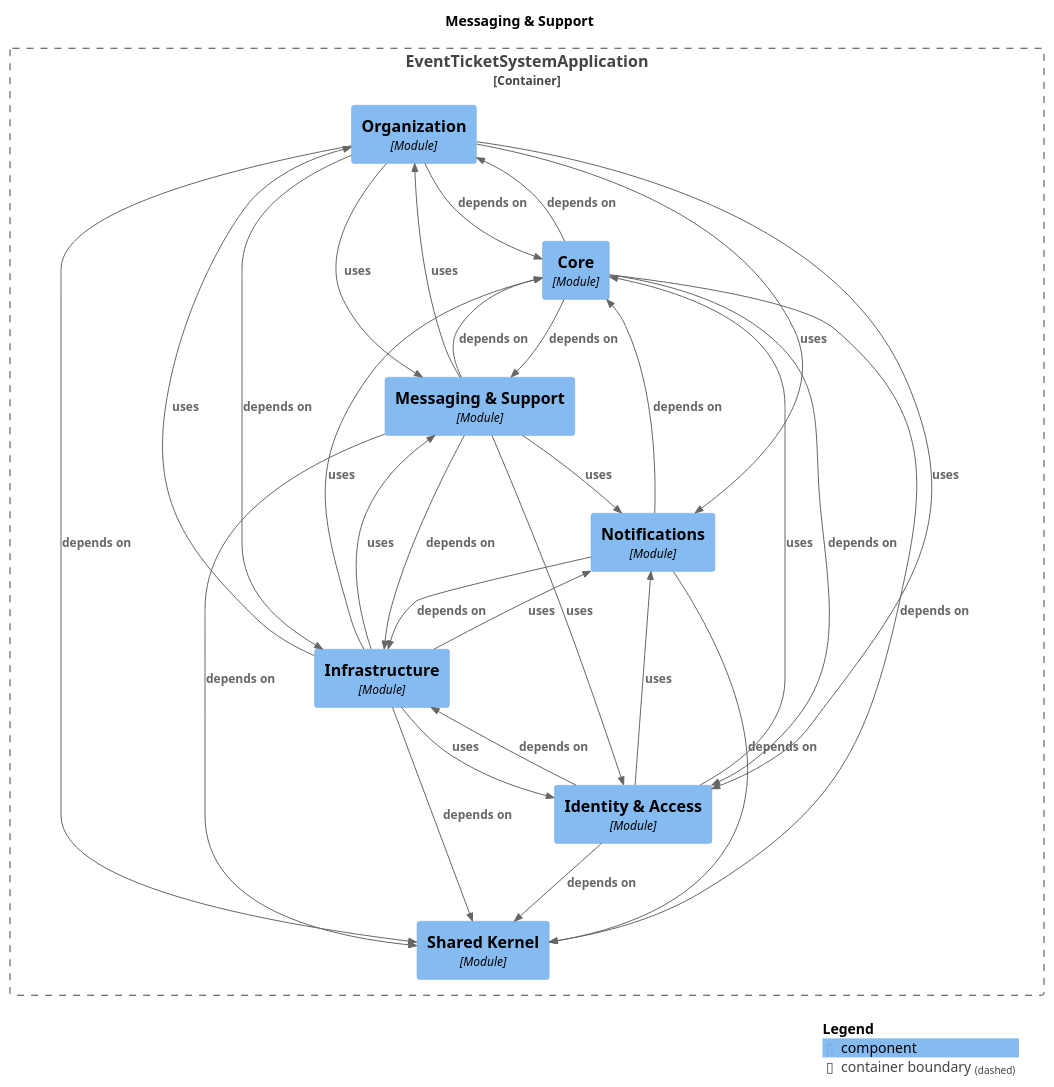
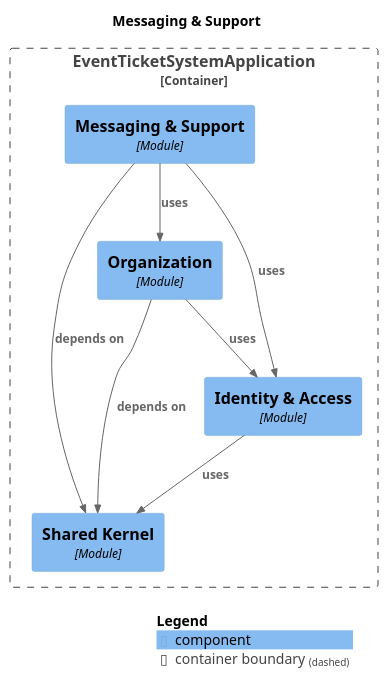
The diagram in docs/architecture/module-messaging.puml (NaimElijah/Ticketeer), drawn with PlantUML before and after one commit. The commit also changed 566 other files, not shown here.

```diff
--- a/docs/architecture/module-messaging.puml
+++ b/docs/architecture/module-messaging.puml
@@ -1,52 +1,26 @@
 @startuml
 set separator none
 title Messaging & Support
 
 top to bottom direction
 
 !include <C4/C4>
 !include <C4/C4_Context>
 !include <C4/C4_Component>
 
 Container_Boundary("EventTicketSystemApplication.EventTicketSystemApplication_boundary", "EventTicketSystemApplication", $tags="") {
+  Component(EventTicketSystemApplication.EventTicketSystemApplication.SharedKernel, "Shared Kernel", $techn="Module", $descr="", $tags="", $link="")
+  Component(EventTicketSystemApplication.EventTicketSystemApplication.IdentityAccess, "Identity & Access", $techn="Module", $descr="", $tags="", $link="")
   Component(EventTicketSystemApplication.EventTicketSystemApplication.Organization, "Organization", $techn="Module", $descr="", $tags="", $link="")
-  Component(EventTicketSystemApplication.EventTicketSystemApplication.SharedKernel, "Shared Kernel", $techn="Module", $descr="", $tags="", $link="")
-  Component(EventTicketSystemApplication.EventTicketSystemApplication.Core, "Core", $techn="Module", $descr="", $tags="", $link="")
-  Component(EventTicketSystemApplication.EventTicketSystemApplication.Infrastructure, "Infrastructure", $techn="Module", $descr="", $tags="", $link="")
-  Component(EventTicketSystemApplication.EventTicketSystemApplication.IdentityAccess, "Identity & Access", $techn="Module", $descr="", $tags="", $link="")
   Component(EventTicketSystemApplication.EventTicketSystemApplication.MessagingSupport, "Messaging & Support", $techn="Module", $descr="", $tags="", $link="")
-  Component(EventTicketSystemApplication.EventTicketSystemApplication.Notifications, "Notifications", $techn="Module", $descr="", $tags="", $link="")
 }
 
-Rel(EventTicketSystemApplication.EventTicketSystemApplication.IdentityAccess, EventTicketSystemApplication.EventTicketSystemApplication.SharedKernel, "depends on", $techn="", $tags="", $link="")
-Rel(EventTicketSystemApplication.EventTicketSystemApplication.IdentityAccess, EventTicketSystemApplication.EventTicketSystemApplication.Infrastructure, "depends on", $techn="", $tags="", $link="")
-Rel(EventTicketSystemApplication.EventTicketSystemApplication.IdentityAccess, EventTicketSystemApplication.EventTicketSystemApplication.Notifications, "uses", $techn="", $tags="", $link="")
-Rel(EventTicketSystemApplication.EventTicketSystemApplication.IdentityAccess, EventTicketSystemApplication.EventTicketSystemApplication.Core, "uses", $techn="", $tags="", $link="")
-Rel(EventTicketSystemApplication.EventTicketSystemApplication.Organization, EventTicketSystemApplication.EventTicketSystemApplication.SharedKernel, "depends on", $techn="", $tags="", $link="")
-Rel(EventTicketSystemApplication.EventTicketSystemApplication.Organization, EventTicketSystemApplication.EventTicketSystemApplication.Infrastructure, "depends on", $techn="", $tags="", $link="")
-Rel(EventTicketSystemApplication.EventTicketSystemApplication.Organization, EventTicketSystemApplication.EventTicketSystemApplication.Core, "depends on", $techn="", $tags="", $link="")
-Rel(EventTicketSystemApplication.EventTicketSystemApplication.Organization, EventTicketSystemApplication.EventTicketSystemApplication.MessagingSupport, "uses", $techn="", $tags="", $link="")
-Rel(EventTicketSystemApplication.EventTicketSystemApplication.Organization, EventTicketSystemApplication.EventTicketSystemApplication.IdentityAccess, "uses", $techn="", $tags="", $link="")
-Rel(EventTicketSystemApplication.EventTicketSystemApplication.Organization, EventTicketSystemApplication.EventTicketSystemApplication.Notifications, "uses", $techn="", $tags="", $link="")
-Rel(EventTicketSystemApplication.EventTicketSystemApplication.Core, EventTicketSystemApplication.EventTicketSystemApplication.MessagingSupport, "depends on", $techn="", $tags="", $link="")
-Rel(EventTicketSystemApplication.EventTicketSystemApplication.Core, EventTicketSystemApplication.EventTicketSystemApplication.Organization, "depends on", $techn="", $tags="", $link="")
-Rel(EventTicketSystemApplication.EventTicketSystemApplication.Core, EventTicketSystemApplication.EventTicketSystemApplication.IdentityAccess, "depends on", $techn="", $tags="", $link="")
-Rel(EventTicketSystemApplication.EventTicketSystemApplication.Core, EventTicketSystemApplication.EventTicketSystemApplication.SharedKernel, "depends on", $techn="", $tags="", $link="")
-Rel(EventTicketSystemApplication.EventTicketSystemApplication.Notifications, EventTicketSystemApplication.EventTicketSystemApplication.Infrastructure, "depends on", $techn="", $tags="", $link="")
-Rel(EventTicketSystemApplication.EventTicketSystemApplication.Notifications, EventTicketSystemApplication.EventTicketSystemApplication.SharedKernel, "depends on", $techn="", $tags="", $link="")
-Rel(EventTicketSystemApplication.EventTicketSystemApplication.Notifications, EventTicketSystemApplication.EventTicketSystemApplication.Core, "depends on", $techn="", $tags="", $link="")
-Rel(EventTicketSystemApplication.EventTicketSystemApplication.MessagingSupport, EventTicketSystemApplication.EventTicketSystemApplication.Infrastructure, "depends on", $techn="", $tags="", $link="")
 Rel(EventTicketSystemApplication.EventTicketSystemApplication.MessagingSupport, EventTicketSystemApplication.EventTicketSystemApplication.SharedKernel, "depends on", $techn="", $tags="", $link="")
-Rel(EventTicketSystemApplication.EventTicketSystemApplication.MessagingSupport, EventTicketSystemApplication.EventTicketSystemApplication.Core, "depends on", $techn="", $tags="", $link="")
 Rel(EventTicketSystemApplication.EventTicketSystemApplication.MessagingSupport, EventTicketSystemApplication.EventTicketSystemApplication.IdentityAccess, "uses", $techn="", $tags="", $link="")
 Rel(EventTicketSystemApplication.EventTicketSystemApplication.MessagingSupport, EventTicketSystemApplication.EventTicketSystemApplication.Organization, "uses", $techn="", $tags="", $link="")
-Rel(EventTicketSystemApplication.EventTicketSystemApplication.MessagingSupport, EventTicketSystemApplication.EventTicketSystemApplication.Notifications, "uses", $techn="", $tags="", $link="")
-Rel(EventTicketSystemApplication.EventTicketSystemApplication.Infrastructure, EventTicketSystemApplication.EventTicketSystemApplication.SharedKernel, "depends on", $techn="", $tags="", $link="")
-Rel(EventTicketSystemApplication.EventTicketSystemApplication.Infrastructure, EventTicketSystemApplication.EventTicketSystemApplication.Organization, "uses", $techn="", $tags="", $link="")
-Rel(EventTicketSystemApplication.EventTicketSystemApplication.Infrastructure, EventTicketSystemApplication.EventTicketSystemApplication.MessagingSupport, "uses", $techn="", $tags="", $link="")
-Rel(EventTicketSystemApplication.EventTicketSystemApplication.Infrastructure, EventTicketSystemApplication.EventTicketSystemApplication.Notifications, "uses", $techn="", $tags="", $link="")
-Rel(EventTicketSystemApplication.EventTicketSystemApplication.Infrastructure, EventTicketSystemApplication.EventTicketSystemApplication.IdentityAccess, "uses", $techn="", $tags="", $link="")
-Rel(EventTicketSystemApplication.EventTicketSystemApplication.Infrastructure, EventTicketSystemApplication.EventTicketSystemApplication.Core, "uses", $techn="", $tags="", $link="")
+Rel(EventTicketSystemApplication.EventTicketSystemApplication.IdentityAccess, EventTicketSystemApplication.EventTicketSystemApplication.SharedKernel, "uses", $techn="", $tags="", $link="")
+Rel(EventTicketSystemApplication.EventTicketSystemApplication.Organization, EventTicketSystemApplication.EventTicketSystemApplication.SharedKernel, "depends on", $techn="", $tags="", $link="")
+Rel(EventTicketSystemApplication.EventTicketSystemApplication.Organization, EventTicketSystemApplication.EventTicketSystemApplication.IdentityAccess, "uses", $techn="", $tags="", $link="")
 
 SHOW_LEGEND(true)
 @enduml
```
